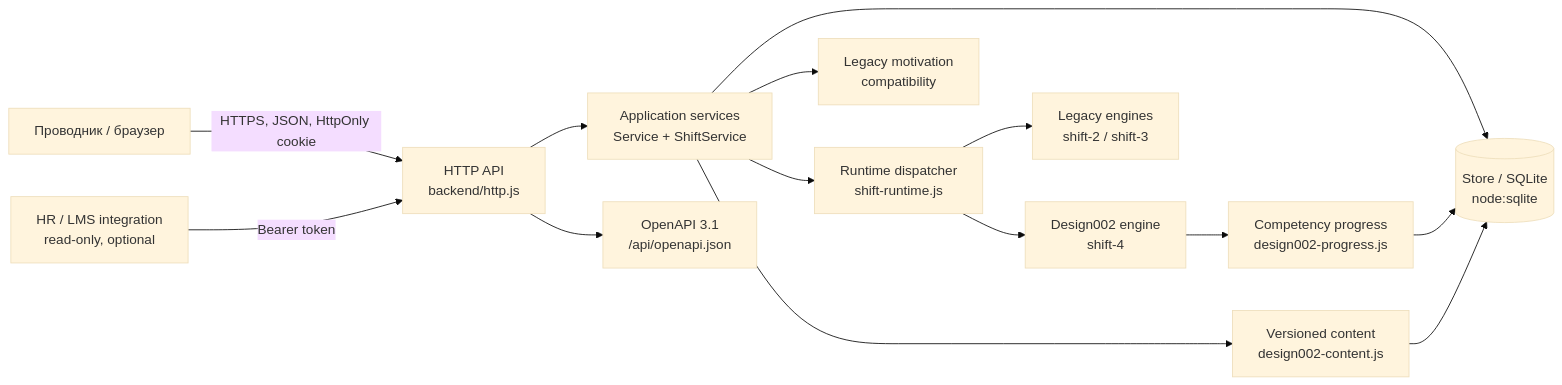
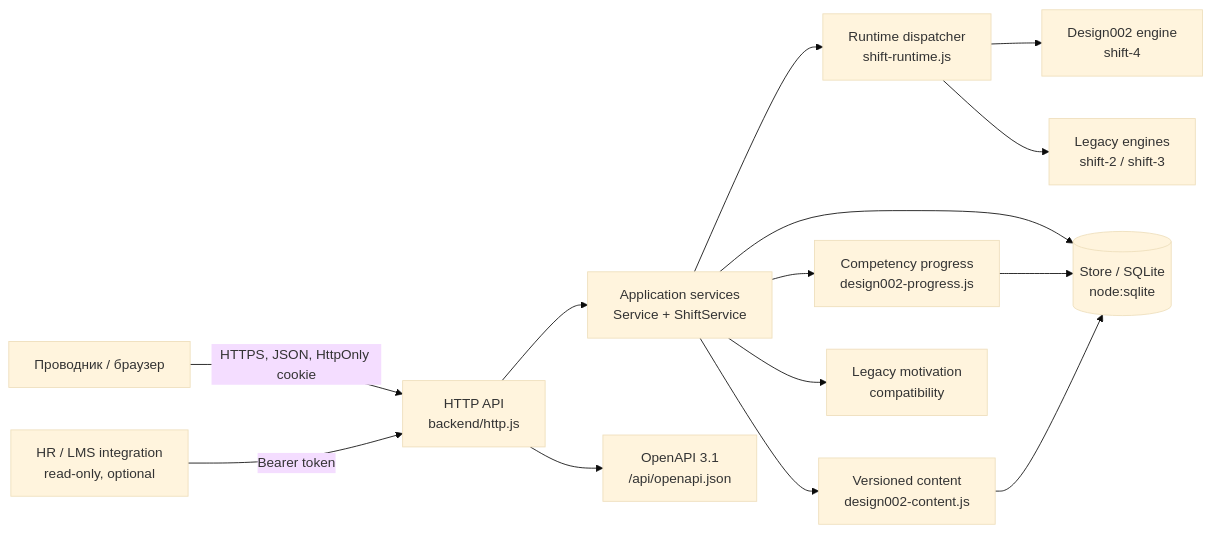
The first of 4 diagrams in docs/ARCHITECTURE.md (RomaGrach/mt-hackathon), drawn with Mermaid (base theme) before and after one commit. The commit also changed other lines of this file and 15 other files, not shown here.

```diff
--- a/docs/ARCHITECTURE.md
+++ b/docs/ARCHITECTURE.md
@@ -9,16 +9,16 @@
 ~~~mermaid
 flowchart LR
   U[Проводник / браузер] -->|HTTPS, JSON, HttpOnly cookie| H[HTTP API<br/>backend/http.js]
   H --> S[Application services<br/>Service + ShiftService]
   S --> R[Runtime dispatcher<br/>shift-runtime.js]
   R --> E4[Design002 engine<br/>shift-4]
   R --> EL[Legacy engines<br/>shift-2 / shift-3]
   S --> C[Versioned content<br/>design002-content.js]
-  E4 --> CP[Competency progress<br/>design002-progress.js]
+  S --> CP[Competency progress<br/>design002-progress.js]
   S --> M[Legacy motivation<br/>compatibility]
   S --> DB[(Store / SQLite<br/>node:sqlite)]
   CP --> DB
   C --> DB
   H --> O[OpenAPI 3.1<br/>/api/openapi.json]
   I[HR / LMS integration<br/>read-only, optional] -->|Bearer token| H
 ~~~
```
